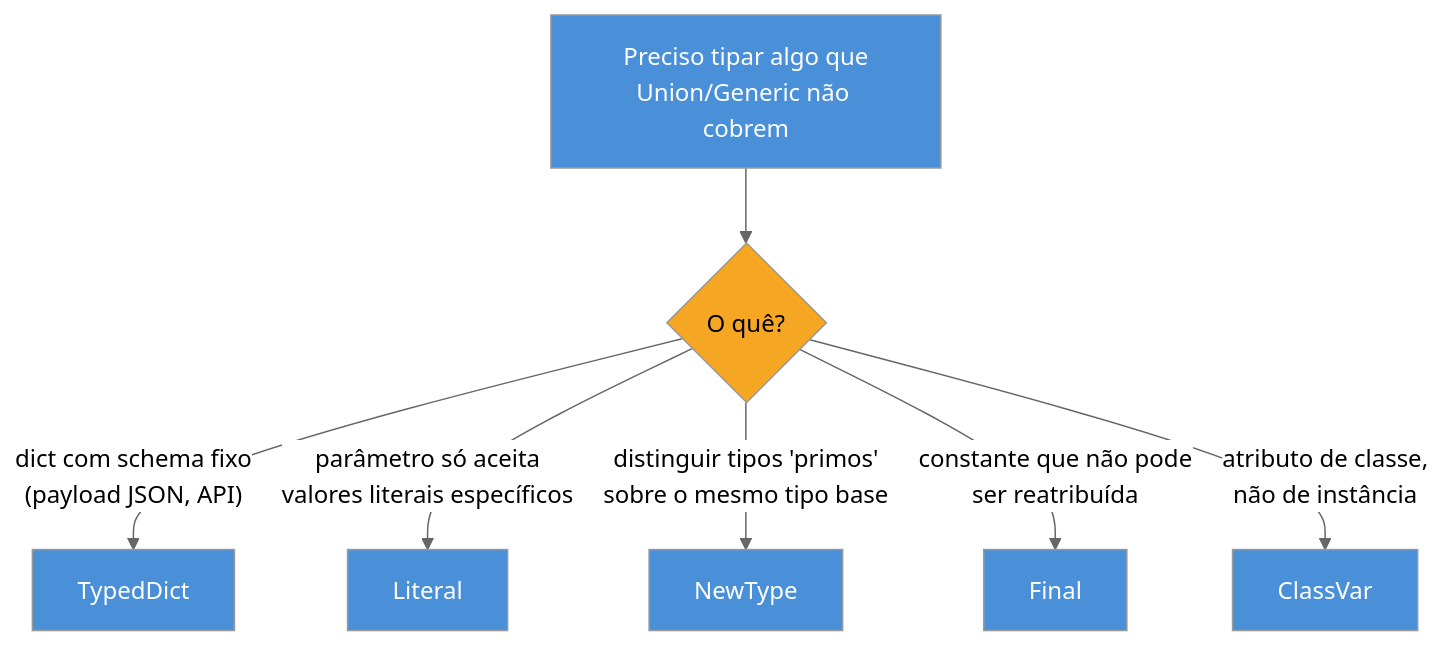
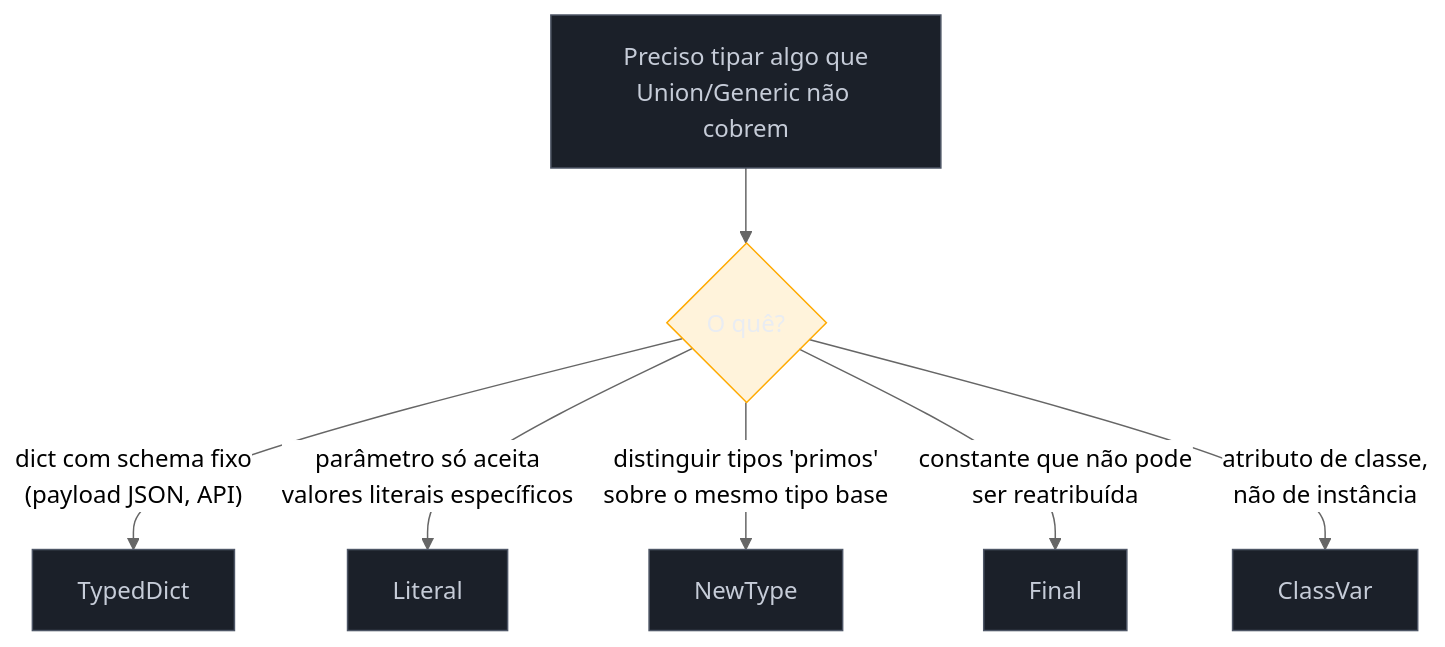
The first of 3 diagrams in 03-Dominios/Tecnologia/Python/Tipagem moderna/05 - TypedDict, Literal, NewType e Final.md (josenaldo/codex-technomanticus), drawn with Mermaid (neutral theme) before and after one commit. The commit also changed other lines of this file and 1181 other files, not shown here.

First line of the commit message:
fix(diagramas): paleta do sistema no lugar de cor cravada no markdown

````diff
--- a/03-Dominios/Tecnologia/Python/Tipagem moderna/05 - TypedDict, Literal, NewType e Final.md
+++ b/03-Dominios/Tecnologia/Python/Tipagem moderna/05 - TypedDict, Literal, NewType e Final.md
@@ -47,17 +47,19 @@
 ```mermaid
 flowchart TD
+    classDef neutro fill:#1B2029,stroke:#4E5666,color:#C6CCD8
+    classDef destaque fill:#FFAA0024,stroke:#FFAA00,color:#E9ECF2
     A["Preciso tipar algo que\nUnion/Generic não cobrem"] --> B{"O quê?"}
     B -->|"dict com schema fixo\n(payload JSON, API)"| C["TypedDict"]
     B -->|"parâmetro só aceita\nvalores literais específicos"| D["Literal"]
     B -->|"distinguir tipos 'primos'\nsobre o mesmo tipo base"| E["NewType"]
     B -->|"constante que não pode\nser reatribuída"| F["Final"]
     B -->|"atributo de classe,\nnão de instância"| G["ClassVar"]
 
-    style A fill:#4A90D9,color:#fff
-    style B fill:#F5A623,color:#000
-    style C fill:#4A90D9,color:#fff
-    style D fill:#4A90D9,color:#fff
-    style E fill:#4A90D9,color:#fff
-    style F fill:#4A90D9,color:#fff
-    style G fill:#4A90D9,color:#fff
+    class A neutro
+    class B destaque
+    class C neutro
+    class D neutro
+    class E neutro
+    class F neutro
+    class G neutro
 ```
````
